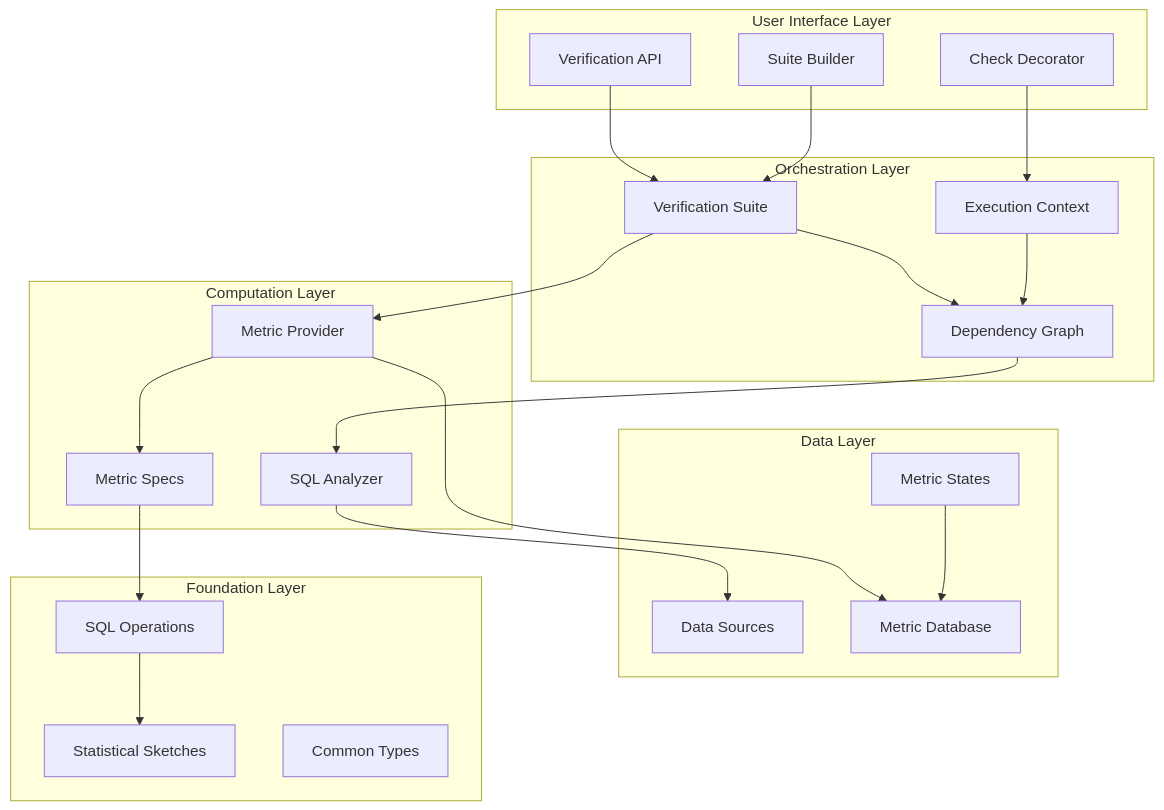
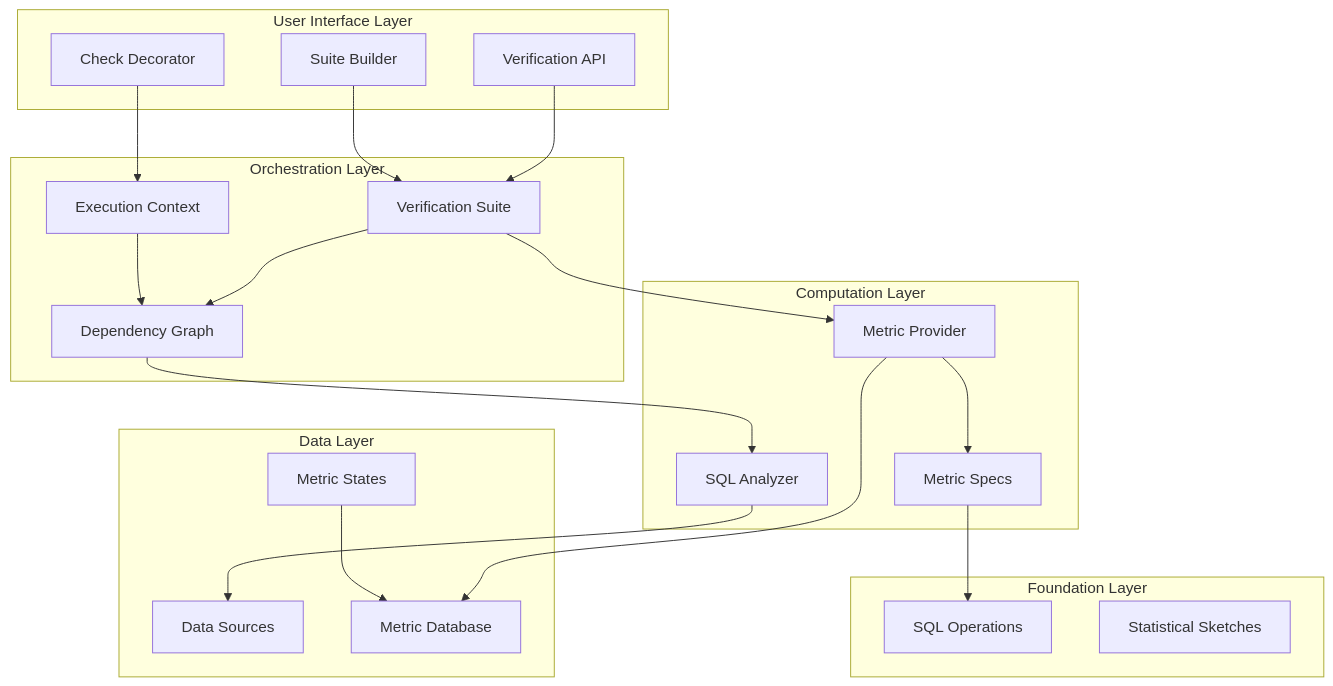
Before and after one commit to nampham2/dqx: the first of 11 diagrams in docs/design.md, drawn with Mermaid. The commit also changed 3 other files, not shown here.

````diff
--- a/docs/design.md
+++ b/docs/design.md
@@ -32,50 +32,47 @@
 ```mermaid
 graph TB
     subgraph "User Interface Layer"
         API[Verification API]
         Check[Check Decorator]
         Builder[Suite Builder]
     end
     
     subgraph "Orchestration Layer"
         Graph[Dependency Graph]
         Context[Execution Context]
         Suite[Verification Suite]
     end
     
     subgraph "Computation Layer"
         Provider[Metric Provider]
         Analyzer[SQL Analyzer]
         Specs[Metric Specs]
     end
     
     subgraph "Data Layer"
         DS[Data Sources]
         DB[Metric Database]
         States[Metric States]
     end
     
     subgraph "Foundation Layer"
         Ops[SQL Operations]
         Sketches[Statistical Sketches]
-        Common[Common Types]
     end
     
     API --> Suite
     Check --> Context
     Builder --> Suite
     
     Suite --> Graph
     Suite --> Provider
     Context --> Graph
     
     Provider --> Specs
     Graph --> Analyzer
     Specs --> Ops
     
     Analyzer --> DS
     Provider --> DB
     States --> DB
-    
-    Ops --> Sketches
 ```
````
